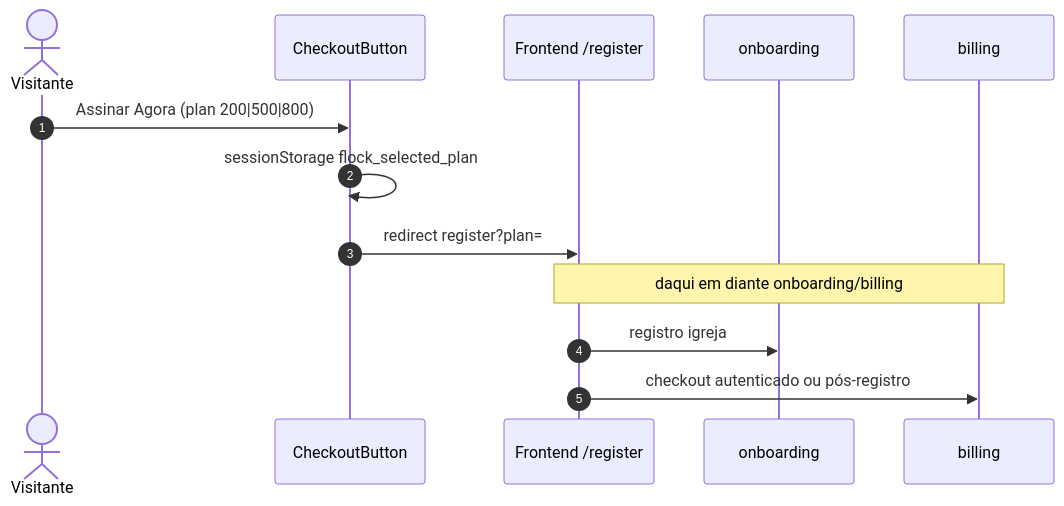
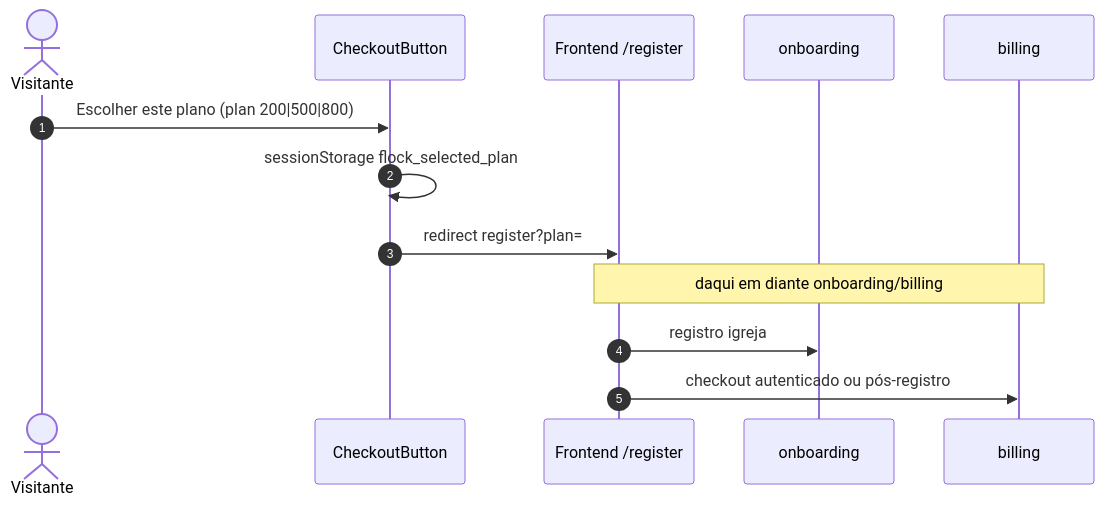
One commit to vinic-asouza/flock changed the second of 5 diagrams in docs/04_modulos/aquisicao.md. Above: the diagram before and after it, drawn with Mermaid. The commit also changed other lines of this file and 4 other files, not shown here.

````diff
--- a/docs/04_modulos/aquisicao.md
+++ b/docs/04_modulos/aquisicao.md
@@ -225,16 +229,16 @@
 ```mermaid
 sequenceDiagram
   autonumber
   actor V as Visitante
   participant L as CheckoutButton
   participant App as Frontend /register
   participant ONB as onboarding
   participant BILL as billing
 
-  V->>L: Assinar Agora (plan 200|500|800)
+  V->>L: Escolher este plano (plan 200|500|800)
   L->>L: sessionStorage flock_selected_plan
   L->>App: redirect register?plan=
   Note over App,BILL: daqui em diante onboarding/billing
   App->>ONB: registro igreja
   App->>BILL: checkout autenticado ou pós-registro
 ```
````
